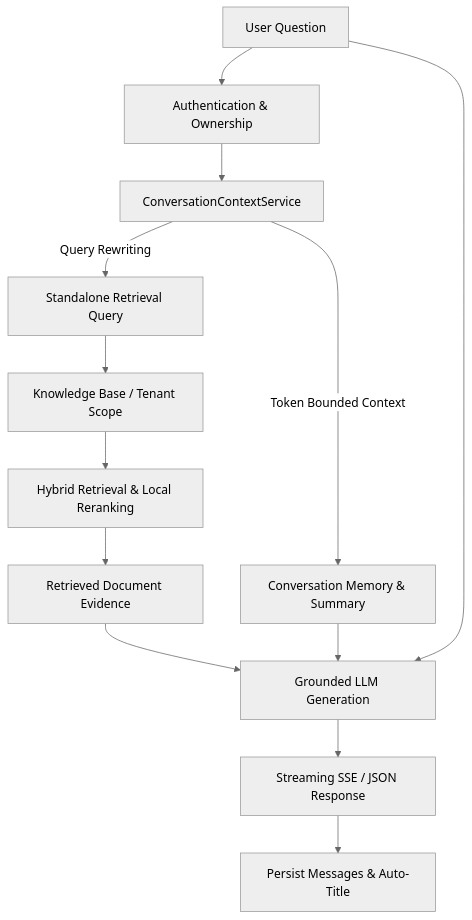
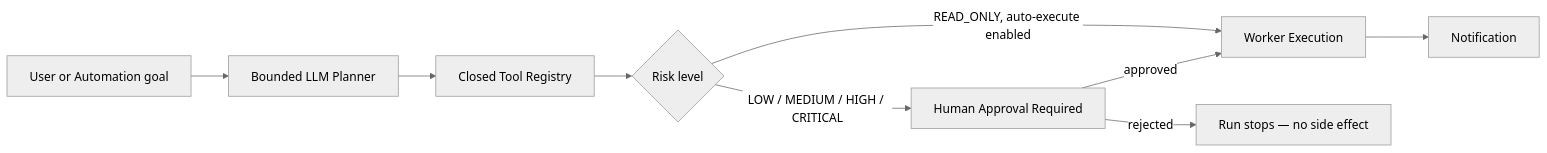
Before and after one commit to durgeshkumarprajapati/AI-Chat: the fifth of 8 diagrams in README.md, drawn with Mermaid (neutral theme). The commit also changed other lines of this file and 35 other files, not shown here.

````diff
--- a/README.md
+++ b/README.md
@@ -461,17 +251,11 @@
 ```mermaid
-flowchart TD
-    A[User Question] --> B[Authentication & Ownership]
-    B --> C[ConversationContextService]
-    C -->|Query Rewriting| D[Standalone Retrieval Query]
-    D --> E[Knowledge Base / Tenant Scope]
-    E --> F[Hybrid Retrieval & Local Reranking]
-    F --> G[Retrieved Document Evidence]
-
-    C -->|Token Bounded Context| H[Conversation Memory & Summary]
-    G --> I[Grounded LLM Generation]
-    H --> I
-    A --> I
-
-    I --> J[Streaming SSE / JSON Response]
-    J --> K[Persist Messages & Auto-Title]
+flowchart LR
+    Goal[User or Automation goal] --> Plan[Bounded LLM Planner]
+    Plan --> Registry[Closed Tool Registry]
+    Registry --> Risk{Risk level}
+    Risk -->|READ_ONLY, auto-execute enabled| Exec[Worker Execution]
+    Risk -->|LOW / MEDIUM / HIGH / CRITICAL| Approval[Human Approval Required]
+    Approval -->|approved| Exec
+    Approval -->|rejected| Stop[Run stops — no side effect]
+    Exec --> Notify[Notification]
 ```
````
